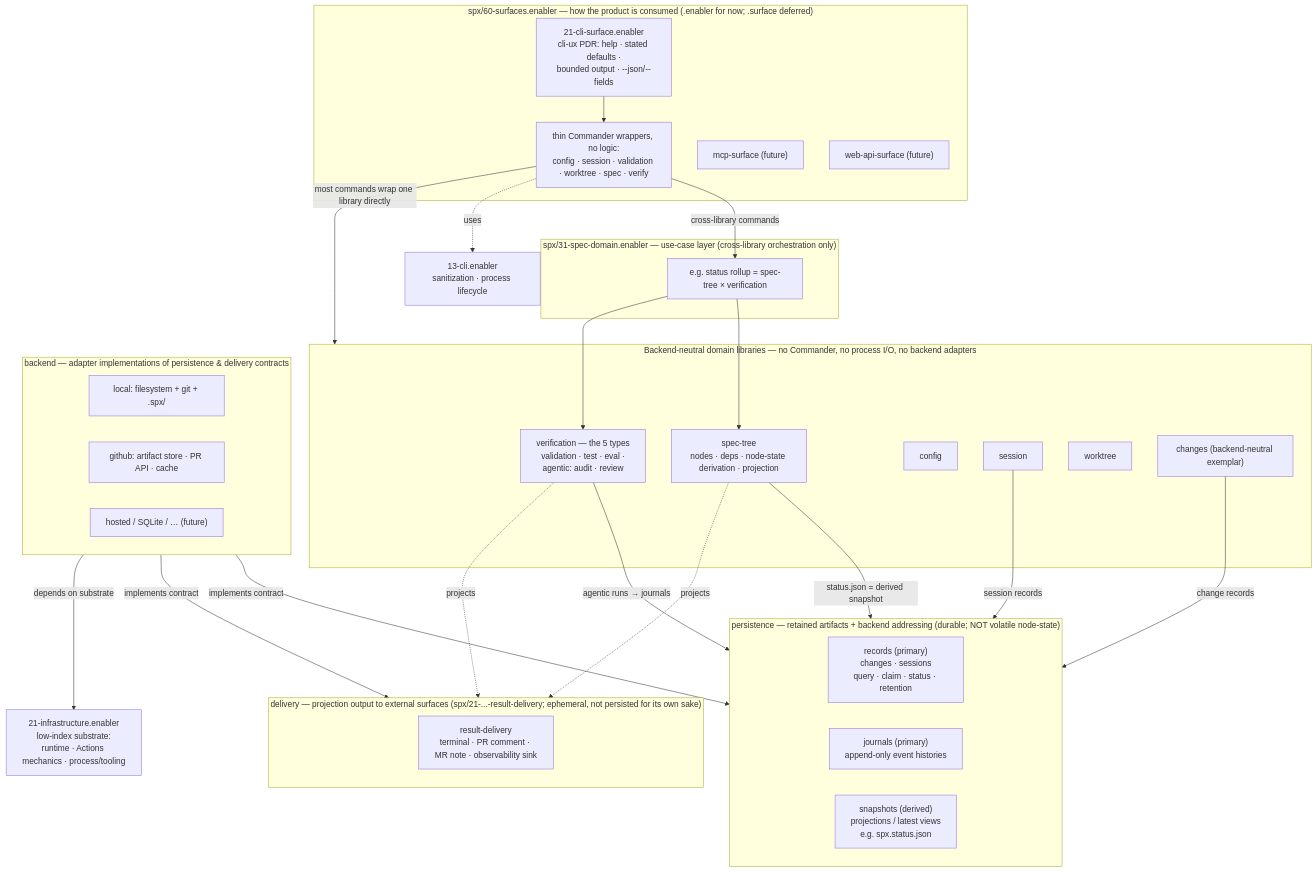
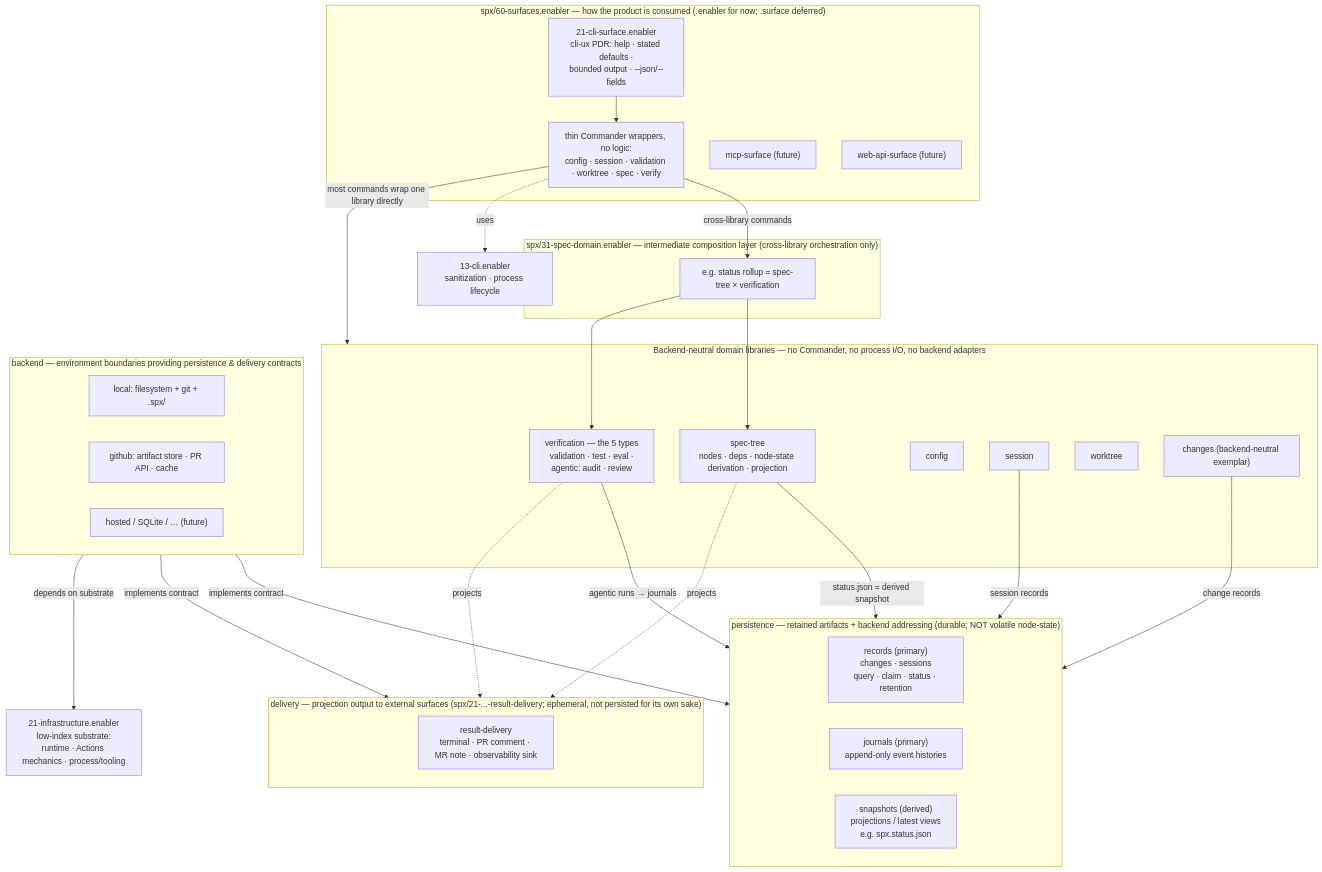
Before and after one commit to outcomeeng/spx: the first of 2 diagrams in spx/PLAN.md, drawn with Mermaid. The commit also changed other lines of this file and 15 other files, not shown here.

````diff
--- a/spx/PLAN.md
+++ b/spx/PLAN.md
@@ -17,61 +17,61 @@
 ```mermaid
 flowchart TB
   subgraph Surfaces["spx/60-surfaces.enabler — how the product is consumed (.enabler for now; .surface deferred)"]
     CLIsurface["21-cli-surface.enabler<br/>cli-ux PDR: help · stated defaults ·<br/>bounded output · --json/--fields"]
     CLIwrap["thin Commander wrappers, no logic:<br/>config · session · validation · worktree · spec · verify"]
     MCP["mcp-surface (future)"]
     WEB["web-api-surface (future)"]
     CLIsurface --> CLIwrap
   end
 
-  subgraph UseCase["spx/31-spec-domain.enabler — use-case layer (cross-library orchestration only)"]
+  subgraph Composition["spx/31-spec-domain.enabler — intermediate composition layer (cross-library orchestration only)"]
     App["e.g. status rollup = spec-tree × verification"]
   end
 
   subgraph Libraries["Backend-neutral domain libraries — no Commander, no process I/O, no backend adapters"]
     ST["spec-tree<br/>nodes · deps · node-state derivation · projection"]
     VER["verification — the 5 types<br/>validation · test · eval ·<br/>agentic: audit · review"]
     CFG["config"]
     SES["session"]
     WT["worktree"]
     CHG["changes (backend-neutral exemplar)"]
   end
 
   subgraph Persistence["persistence — retained artifacts + backend addressing (durable; NOT volatile node-state)"]
     REC["records (primary)<br/>changes · sessions<br/>query · claim · status · retention"]
     JRN["journals (primary)<br/>append-only event histories"]
     SNP["snapshots (derived)<br/>projections / latest views<br/>e.g. spx.status.json"]
   end
 
   subgraph DeliveryLayer["delivery — projection output to external surfaces (spx/21-...-result-delivery; ephemeral, not persisted for its own sake)"]
     DLV["result-delivery<br/>terminal · PR comment · MR note · observability sink"]
   end
 
-  subgraph Backend["backend — adapter implementations of persistence & delivery contracts"]
+  subgraph Backend["backend — environment boundaries providing persistence & delivery contracts"]
     LOC["local: filesystem + git + .spx/"]
     GHB["github: artifact store · PR API · cache"]
     FUT["hosted / SQLite / … (future)"]
   end
 
   MECH["13-cli.enabler<br/>sanitization · process lifecycle"]
   INFRA["21-infrastructure.enabler<br/>low-index substrate:<br/>runtime · Actions mechanics · process/tooling"]
 
   CLIwrap -->|"cross-library commands"| App
   CLIwrap -->|"most commands wrap one library directly"| Libraries
   CLIwrap -.uses.-> MECH
 
   App --> ST
   App --> VER
 
   ST -->|"status.json = derived snapshot"| Persistence
   VER -->|"agentic runs → journals"| Persistence
   SES -->|"session records"| Persistence
   CHG -->|"change records"| Persistence
 
   ST -.projects.-> DeliveryLayer
   VER -.projects.-> DeliveryLayer
 
   Backend -->|"implements contract"| Persistence
   Backend -->|"implements contract"| DeliveryLayer
   Backend -->|"depends on substrate"| INFRA
 ```
````
